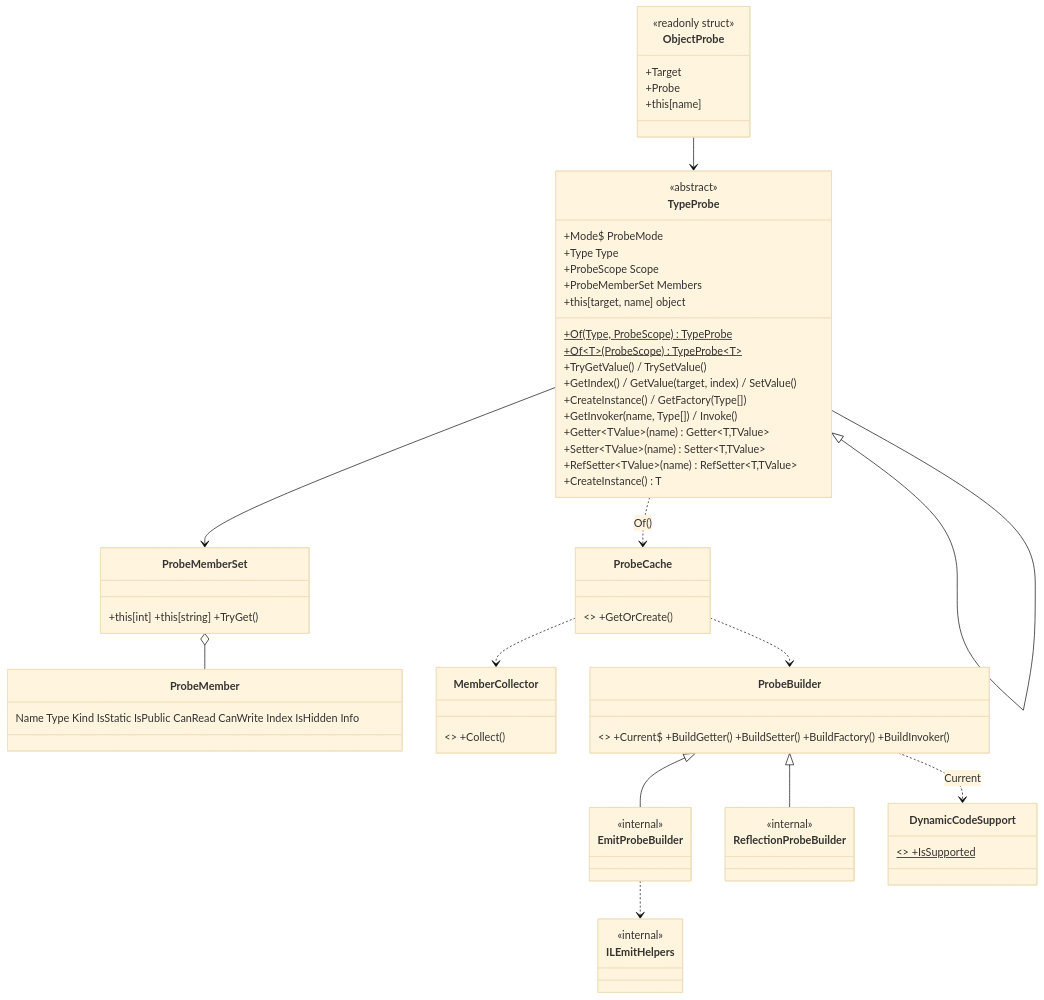
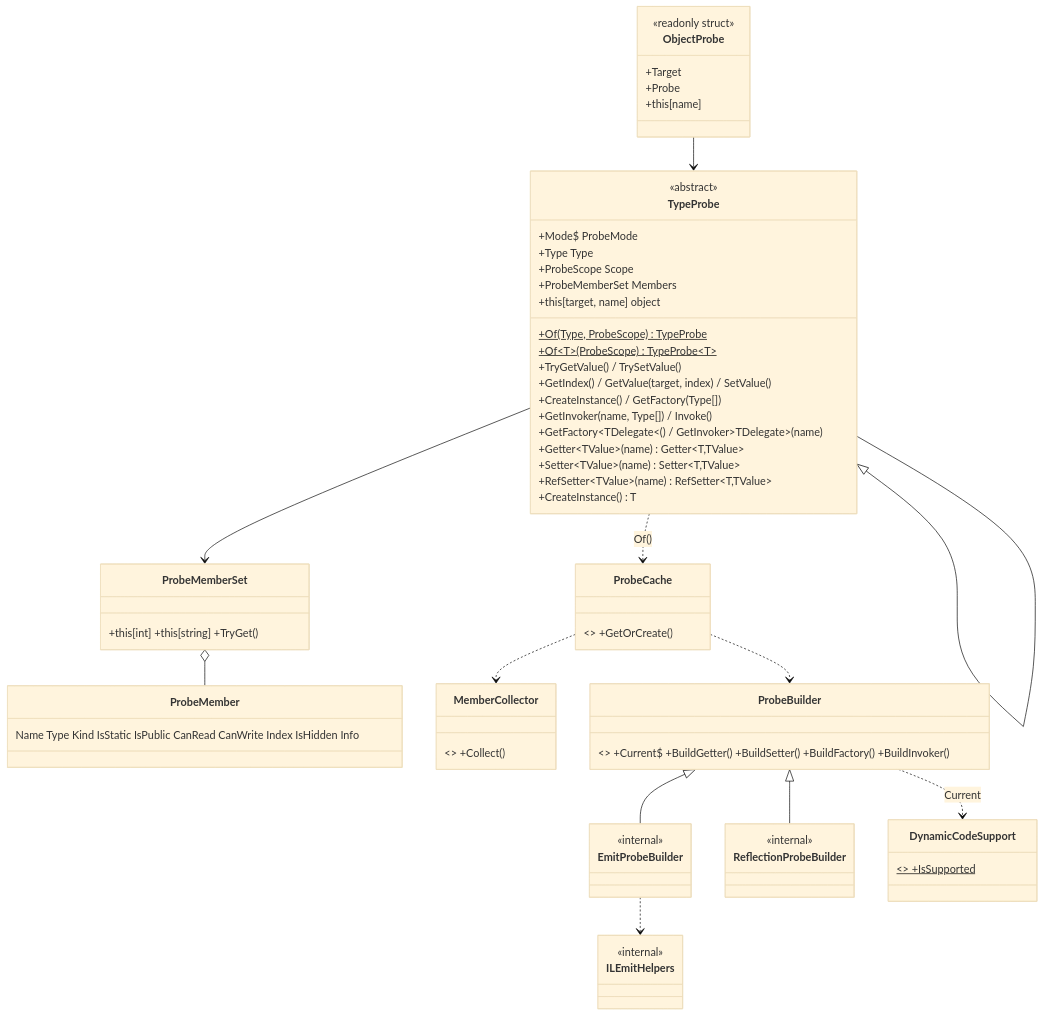
Before and after one commit to kimminsu-123/ReflectProbe: the diagram in docs/design.md, drawn with Mermaid (base theme). The commit also changed other lines of this file and 9 other files, not shown here.

First line of the commit message:
Week 12: strongly typed factory and invoker (GetFactory<TDelegate>, GetInvoker<TDelegate>)

````diff
--- a/docs/design.md
+++ b/docs/design.md
@@ -46,50 +47,51 @@
 ```mermaid
 classDiagram
     class TypeProbe {
         <<abstract>>
         +Of(Type, ProbeScope)$ TypeProbe
         +Of~T~(ProbeScope)$ TypeProbe~T~
         +Mode$ ProbeMode
         +Type Type
         +ProbeScope Scope
         +ProbeMemberSet Members
         +this[target, name] object
         +TryGetValue() / TrySetValue()
         +GetIndex() / GetValue(target, index) / SetValue()
         +CreateInstance() / GetFactory(Type[])
         +GetInvoker(name, Type[]) / Invoke()
+        +GetFactory~TDelegate~() / GetInvoker~TDelegate~(name)
     }
     class TypeProbe~T~ {
         +Getter~TValue~(name) Getter~T,TValue~
         +Setter~TValue~(name) Setter~T,TValue~
         +RefSetter~TValue~(name) RefSetter~T,TValue~
         +CreateInstance() T
     }
     class ObjectProbe {
         <<readonly struct>>
         +Target
         +Probe
         +this[name]
     }
     class ProbeMemberSet { +this[int] +this[string] +TryGet() }
     class ProbeMember { Name Type Kind IsStatic IsPublic CanRead CanWrite Index IsHidden Info }
     class ProbeCache { <<internal>> +GetOrCreate() }
     class MemberCollector { <<internal>> +Collect() }
     class ProbeBuilder { <<internal abstract>> +Current$ +BuildGetter() +BuildSetter() +BuildFactory() +BuildInvoker() }
     class EmitProbeBuilder { <<internal>> }
     class ReflectionProbeBuilder { <<internal>> }
     class DynamicCodeSupport { <<internal>> +IsSupported$ }
     class ILEmitHelpers { <<internal>> }
 
     TypeProbe <|-- TypeProbe~T~
     ObjectProbe --> TypeProbe
     TypeProbe --> ProbeMemberSet
     ProbeMemberSet o-- ProbeMember
     TypeProbe ..> ProbeCache : Of()
     ProbeCache ..> MemberCollector
     ProbeCache ..> ProbeBuilder
     ProbeBuilder <|-- EmitProbeBuilder
     ProbeBuilder <|-- ReflectionProbeBuilder
     ProbeBuilder ..> DynamicCodeSupport : Current
     EmitProbeBuilder ..> ILEmitHelpers
 ```
````
